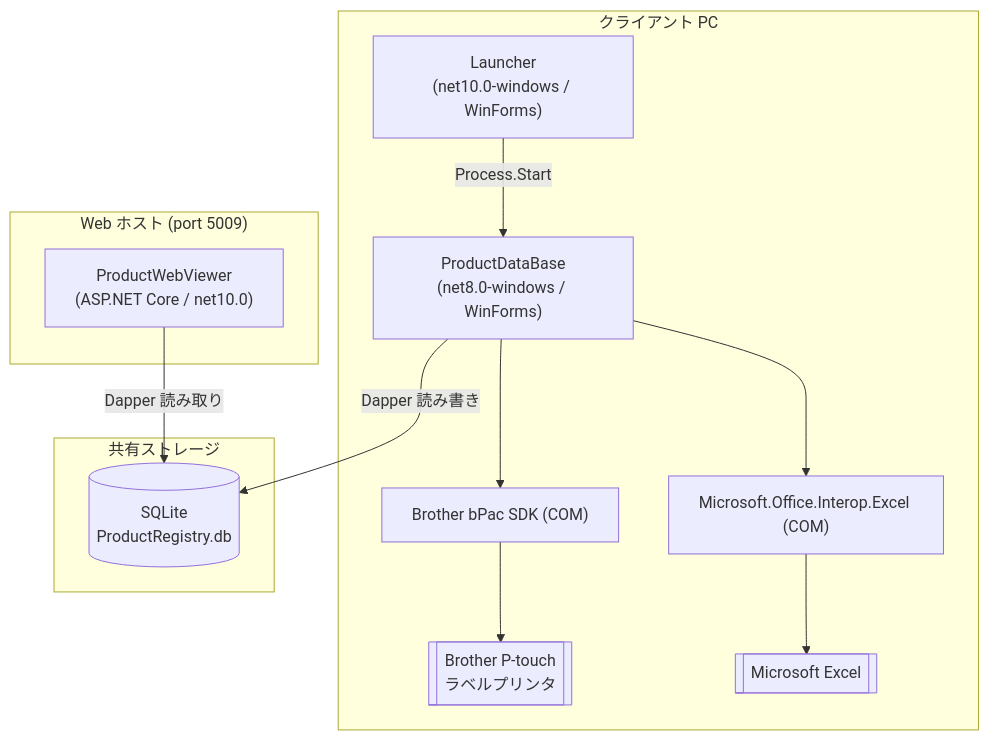
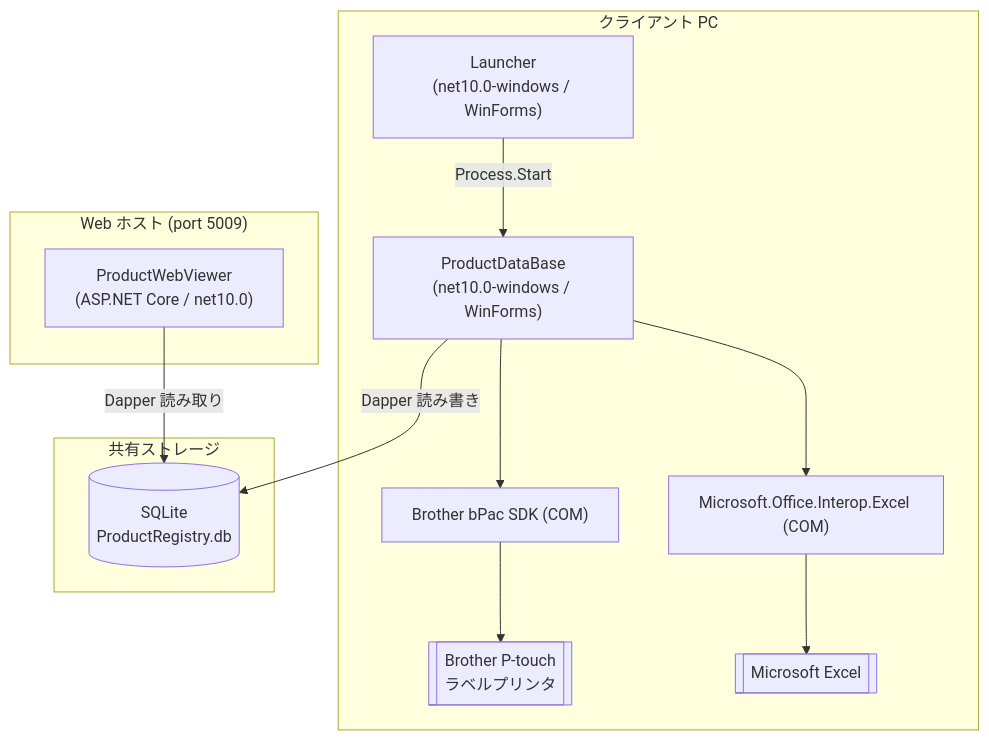
Before and after one commit to keishi-99/ProductDataBase: the first of 2 diagrams in README.md, drawn with Mermaid. The commit also changed other lines of this file, not shown here.

Commit message:
.NET10 へ移行

````diff
--- a/README.md
+++ b/README.md
@@ -41,25 +41,25 @@
 ```mermaid
 graph TB
     subgraph Client["クライアント PC"]
         Launcher["Launcher<br/>(net10.0-windows / WinForms)"]
-        ProductDataBase["ProductDataBase<br/>(net8.0-windows / WinForms)"]
+        ProductDataBase["ProductDataBase<br/>(net10.0-windows / WinForms)"]
         bPac["Brother bPac SDK (COM)"]
         ExcelInterop["Microsoft.Office.Interop.Excel (COM)"]
         Printer[["Brother P-touch<br/>ラベルプリンタ"]]
         Excel[["Microsoft Excel"]]
     end
 
     subgraph Storage["共有ストレージ"]
         DB[("SQLite<br/>ProductRegistry.db")]
     end
 
     subgraph WebHost["Web ホスト (port 5009)"]
         ProductWebViewer["ProductWebViewer<br/>(ASP.NET Core / net10.0)"]
     end
 
     Launcher -- "Process.Start" --> ProductDataBase
     ProductDataBase -- "Dapper 読み書き" --> DB
     ProductDataBase --> bPac --> Printer
     ProductDataBase --> ExcelInterop --> Excel
     ProductWebViewer -- "Dapper 読み取り" --> DB
 ```
````
